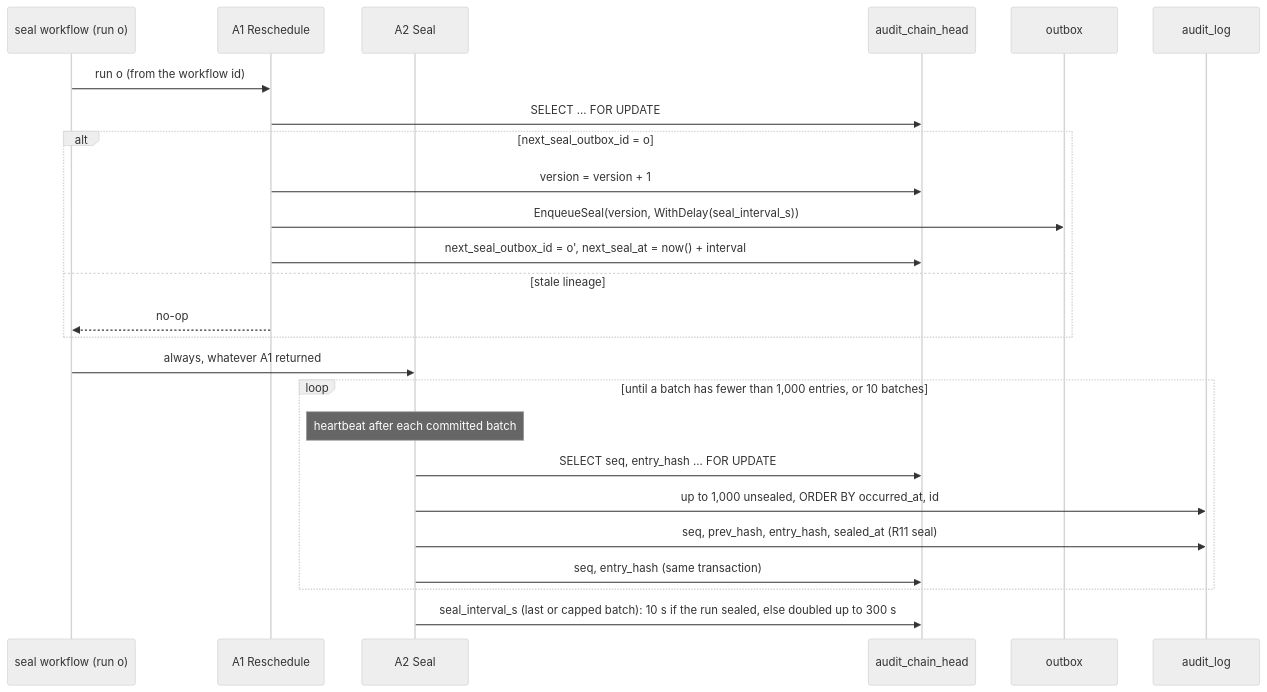
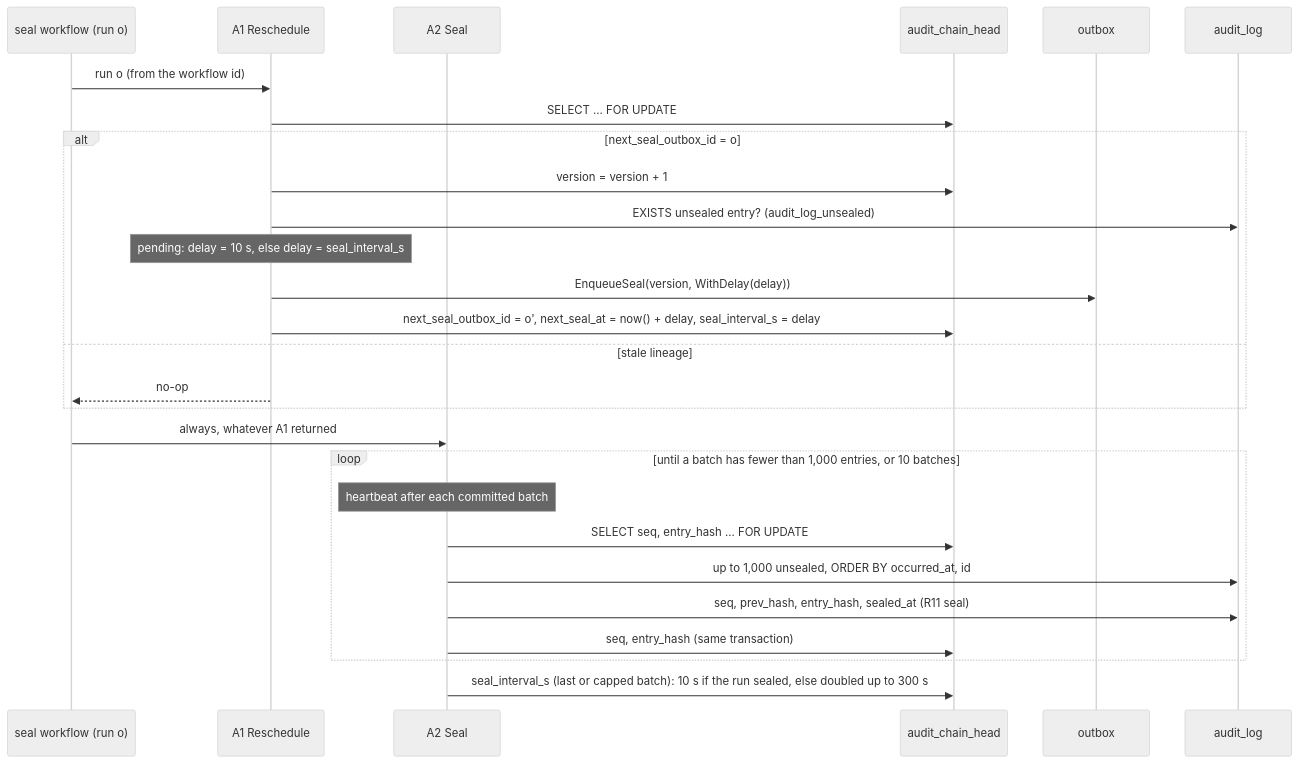
One commit to Navaladi2019/TicketingSystem changed the first of 2 diagrams in docs/architecture/audit-sealer.md. Above: the diagram before and after it, drawn with Mermaid (neutral theme). The commit also changed other lines of this file and 3 other files, not shown here.

First line of the commit message:
P5-34h (TICK-602): A1 books the next seal run at 10 s when the tenant has unsealed entries (ADR-004-E7)

````diff
--- a/docs/architecture/audit-sealer.md
+++ b/docs/architecture/audit-sealer.md
@@ -10,27 +10,29 @@
 ```mermaid
 sequenceDiagram
     participant W as seal workflow (run o)
     participant A1 as A1 Reschedule
     participant A2 as A2 Seal
     participant H as audit_chain_head
     participant O as outbox
     participant L as audit_log
     W->>A1: run o (from the workflow id)
     A1->>H: SELECT ... FOR UPDATE
     alt next_seal_outbox_id = o
         A1->>H: version = version + 1
-        A1->>O: EnqueueSeal(version, WithDelay(seal_interval_s))
-        A1->>H: next_seal_outbox_id = o', next_seal_at = now() + interval
+        A1->>L: EXISTS unsealed entry? (audit_log_unsealed)
+        Note over A1: pending: delay = 10 s, else delay = seal_interval_s
+        A1->>O: EnqueueSeal(version, WithDelay(delay))
+        A1->>H: next_seal_outbox_id = o', next_seal_at = now() + delay, seal_interval_s = delay
     else stale lineage
         A1-->>W: no-op
     end
     W->>A2: always, whatever A1 returned
     loop until a batch has fewer than 1,000 entries, or 10 batches
         Note over A2: heartbeat after each committed batch
         A2->>H: SELECT seq, entry_hash ... FOR UPDATE
         A2->>L: up to 1,000 unsealed, ORDER BY occurred_at, id
         A2->>L: seq, prev_hash, entry_hash, sealed_at (R11 seal)
         A2->>H: seq, entry_hash (same transaction)
     end
     A2->>H: seal_interval_s (last or capped batch): 10 s if the run sealed, else doubled up to 300 s
 ```
````
